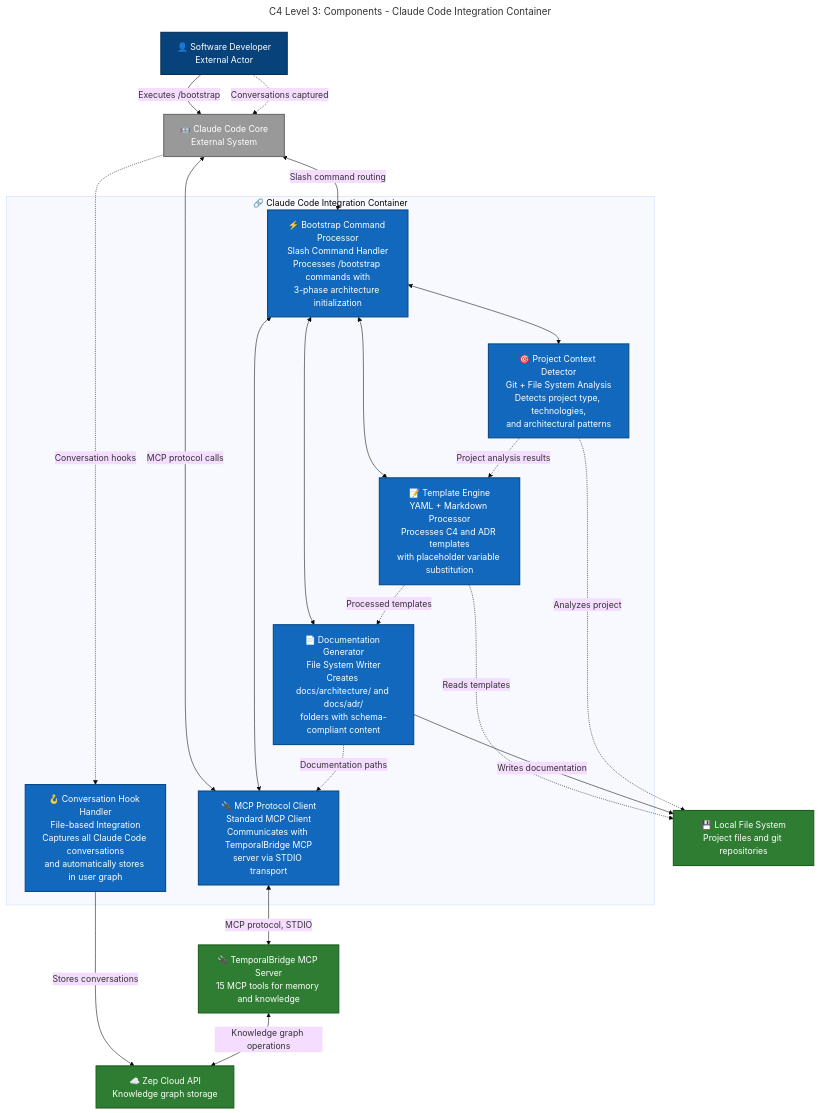
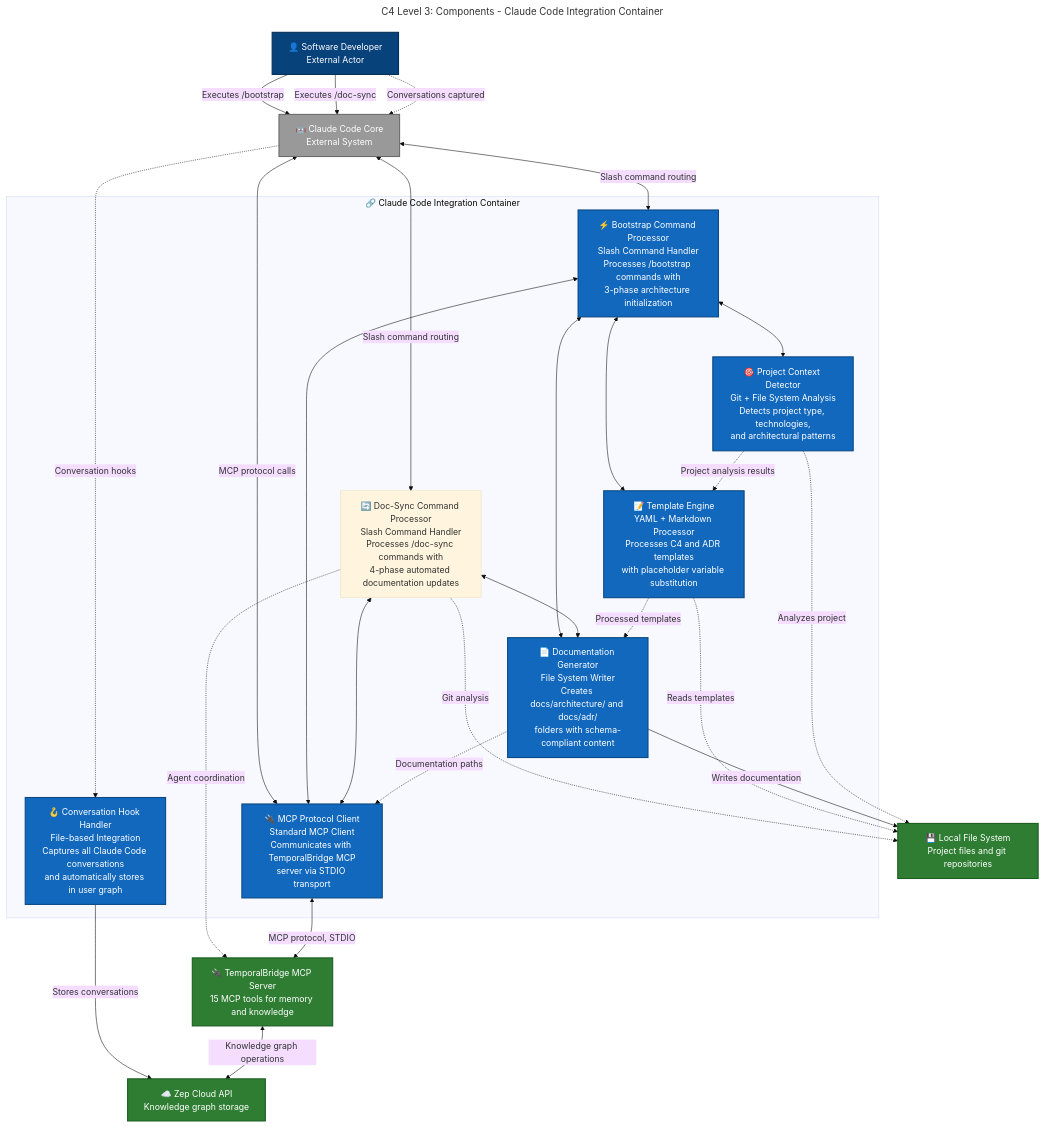
Before and after one commit to Zabaca/temporal-bridge: the first of 4 diagrams in docs/architecture/c4-level3-claude-code-integration.md, drawn with Mermaid (base theme). The commit also changed 6 other files, not shown here.

First line of the commit message:
Implement intelligent multi-agent documentation system

```diff
--- a/docs/architecture/c4-level3-claude-code-integration.md
+++ b/docs/architecture/c4-level3-claude-code-integration.md
@@ -29,6 +29,9 @@
         
         %% Bootstrap System
         BOOTSTRAP_PROCESSOR[⚡ Bootstrap Command Processor<br/>Slash Command Handler<br/>Processes /bootstrap commands with<br/>3-phase architecture initialization]
+        
+        %% Doc-Sync System
+        DOCSYNC_PROCESSOR[🔄 Doc-Sync Command Processor<br/>Slash Command Handler<br/>Processes /doc-sync commands with<br/>4-phase automated documentation updates]
         
         TEMPLATE_ENGINE[📝 Template Engine<br/>YAML + Markdown Processor<br/>Processes C4 and ADR templates<br/>with placeholder variable substitution]
         
@@ -48,10 +51,12 @@
     
     %% User Interactions
     DEV -->|"Executes /bootstrap"| CLAUDE_CORE
+    DEV -->|"Executes /doc-sync"| CLAUDE_CORE
     DEV -.->|"Conversations captured"| CLAUDE_CORE
     
     %% Claude Code Core Interactions
     CLAUDE_CORE <-->|"Slash command routing"| BOOTSTRAP_PROCESSOR
+    CLAUDE_CORE <-->|"Slash command routing"| DOCSYNC_PROCESSOR
     CLAUDE_CORE -.->|"Conversation hooks"| HOOK_HANDLER
     CLAUDE_CORE <-->|"MCP protocol calls"| MCP_CLIENT
     
@@ -60,6 +65,12 @@
     BOOTSTRAP_PROCESSOR <--> TEMPLATE_ENGINE
     BOOTSTRAP_PROCESSOR <--> DOC_GENERATOR
     BOOTSTRAP_PROCESSOR <--> MCP_CLIENT
+    
+    %% Internal Doc-Sync Flow
+    DOCSYNC_PROCESSOR <--> MCP_CLIENT
+    DOCSYNC_PROCESSOR -.->|"Git analysis"| FILE_SYSTEM
+    DOCSYNC_PROCESSOR <--> DOC_GENERATOR
+    DOCSYNC_PROCESSOR -.->|"Agent coordination"| TB_MCP_SERVER
     
     %% Template Processing Flow
     TEMPLATE_ENGINE -.->|"Reads templates"| FILE_SYSTEM
```
